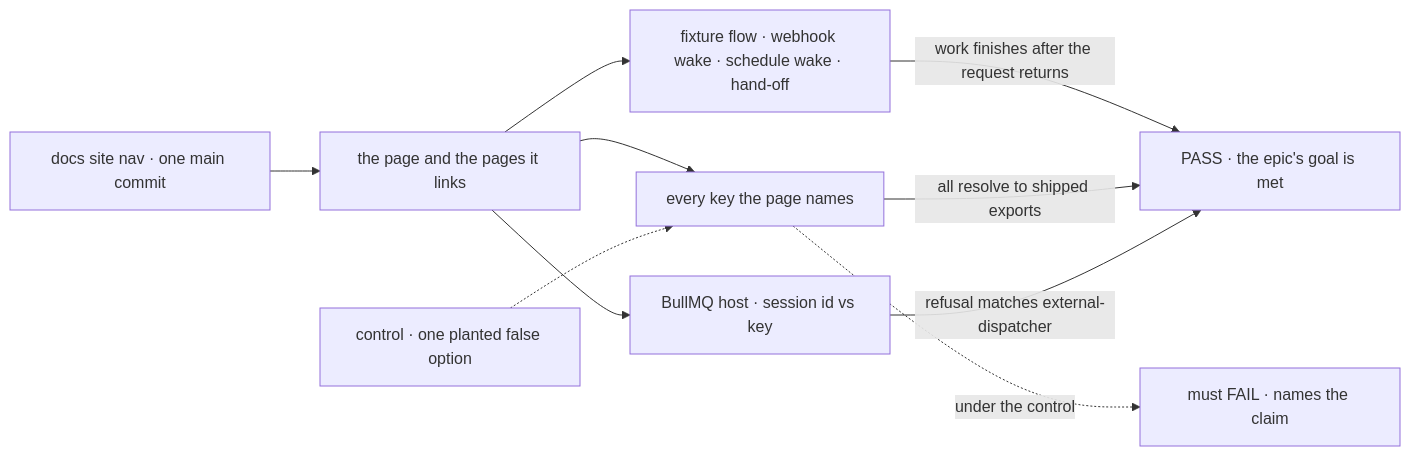
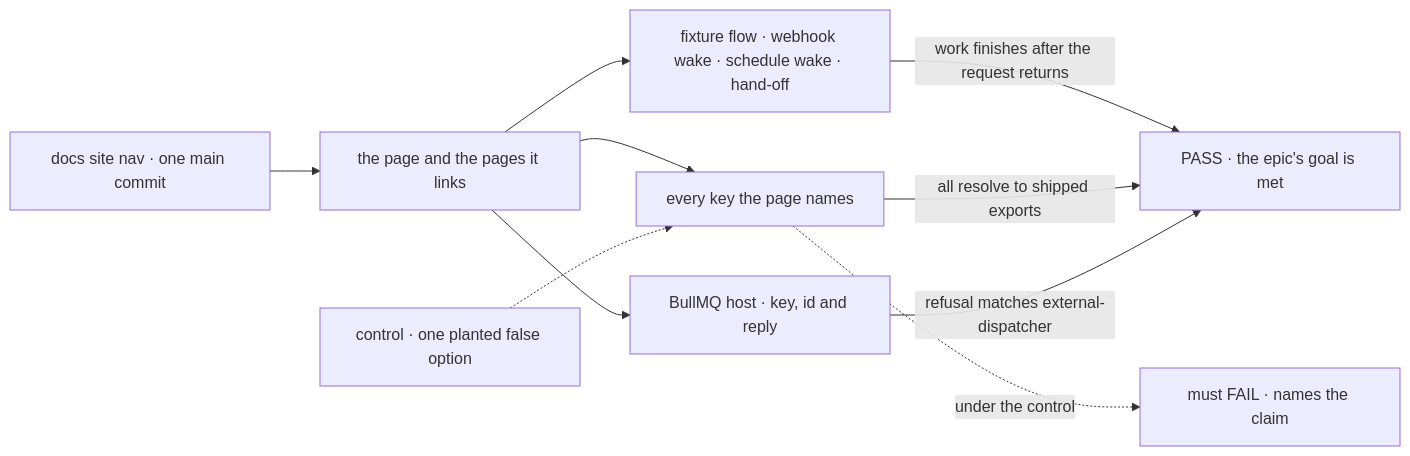
The first of 2 diagrams in specs/epics/FIX-1637/SPEC.md (fixpoint-labs/flow-state-dev), drawn with Mermaid before and after one commit. The commit also changed other lines of this file and 6 other files, not shown here.

````diff
--- a/specs/epics/FIX-1637/SPEC.md
+++ b/specs/epics/FIX-1637/SPEC.md
@@ -42,12 +42,12 @@
 ```mermaid
 flowchart LR
   N["docs site nav · one main commit"] --> P["the page and the pages it links"]
   P --> F["fixture flow · webhook wake · schedule wake · hand-off"]
   P --> K["every key the page names"]
-  P --> Q["BullMQ host · session id vs key"]
+  P --> Q["BullMQ host · key, id and reply"]
   F -->|"work finishes after the request returns"| OK["PASS · the epic's goal is met"]
   K -->|"all resolve to shipped exports"| OK
   Q -->|"refusal matches external-dispatcher"| OK
   C["control · one planted false option"] -.-> K
   K -.->|"under the control"| X["must FAIL · names the claim"]
 ```
````
